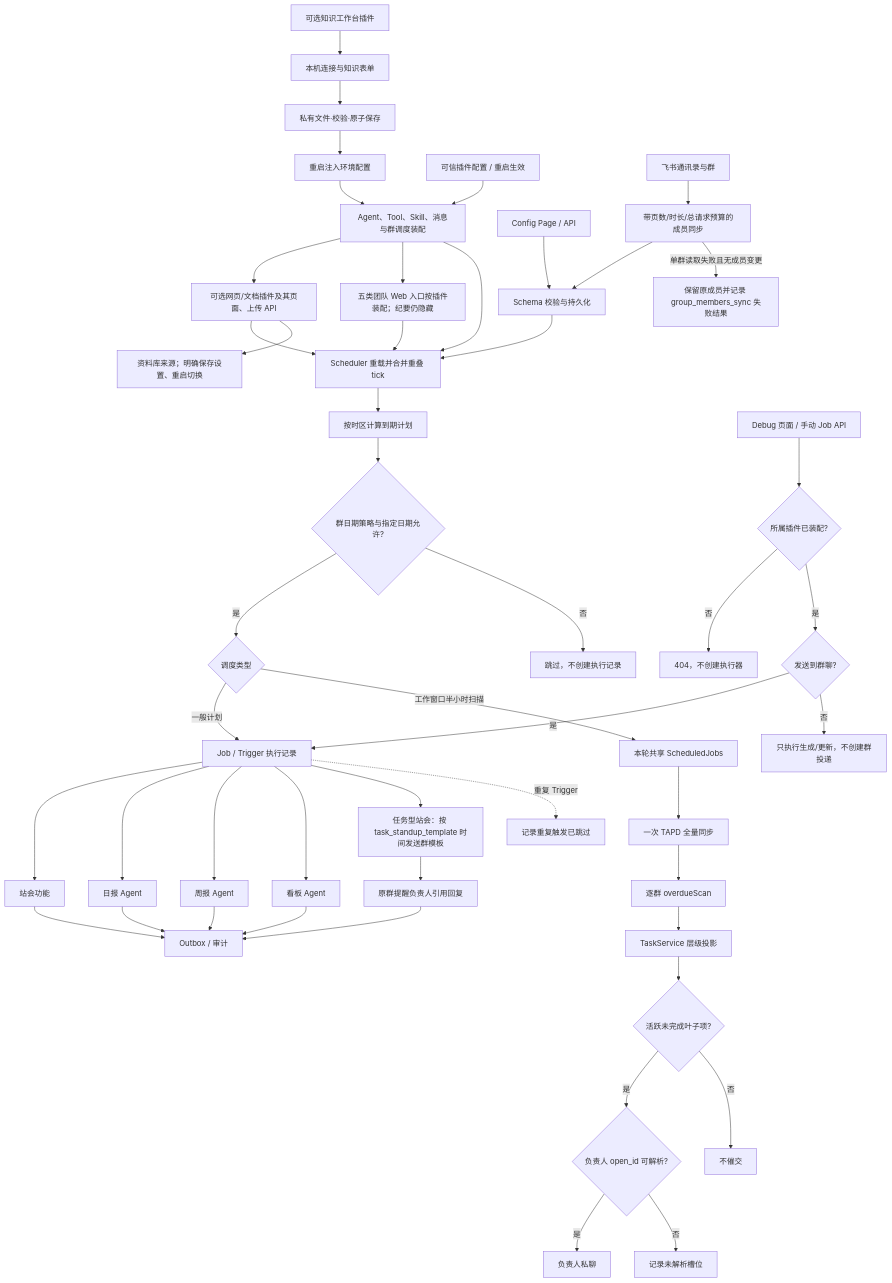
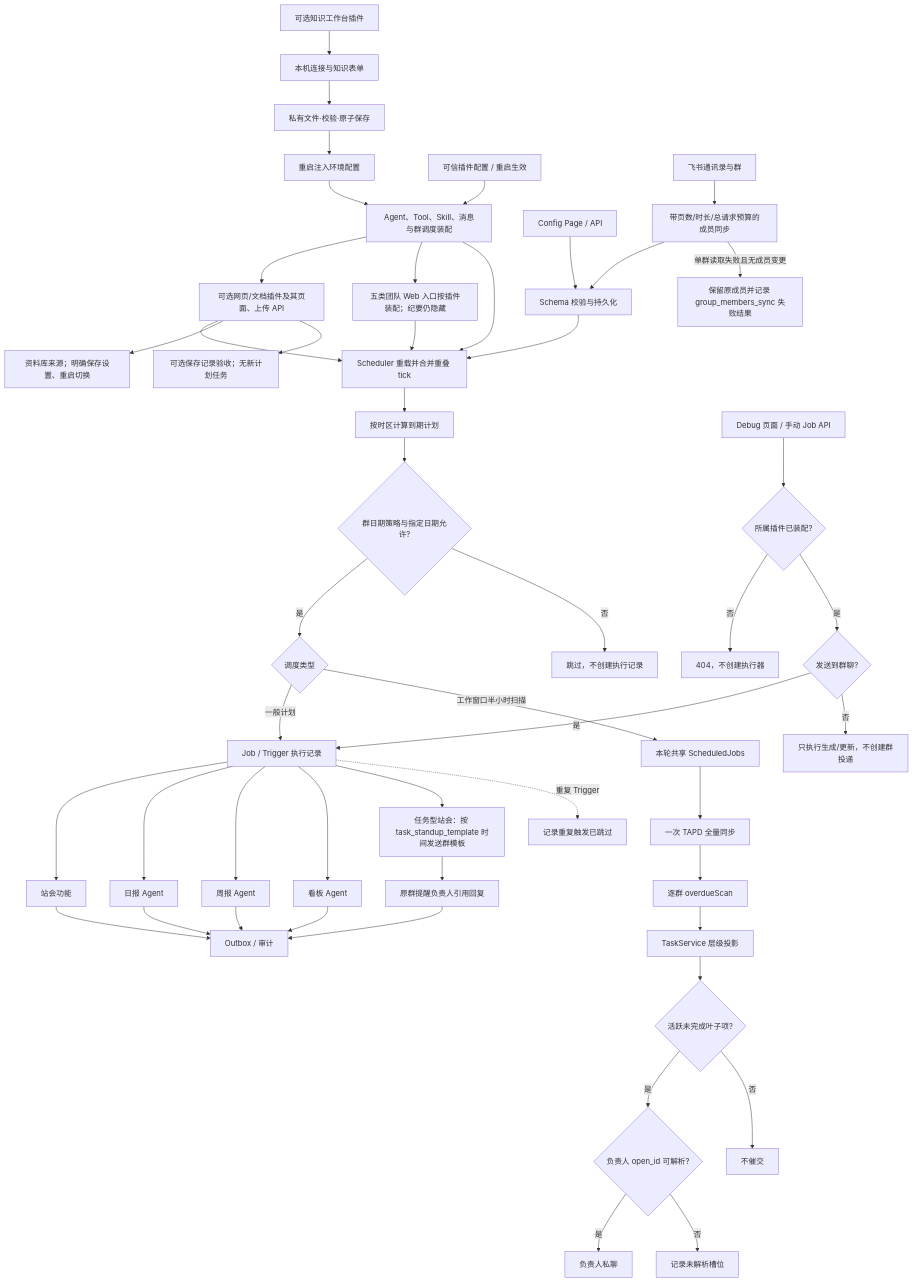
The diagram in backend/src/core/configuration-scheduling/FEATURE.md (KlayPeter/AI-Delivery-Ops-Agent), drawn with Mermaid before and after one commit. The commit also changed other lines of this file and 27 other files, not shown here.

````diff
--- a/backend/src/core/configuration-scheduling/FEATURE.md
+++ b/backend/src/core/configuration-scheduling/FEATURE.md
@@ -21,50 +21,51 @@
 ```mermaid
 flowchart TD
     KWP[可选知识工作台插件] --> LC[本机连接与知识表单]
     LC --> LF[私有文件·校验·原子保存]
     LF --> BOOT[重启注入环境配置]
     BOOT --> PH
     PC["可信插件配置 / 重启生效"] --> PH["Agent、Tool、Skill、消息与群调度装配"]
     PH --> COL[可选网页/文档插件及其页面、上传 API]
     COL --> E
     PH --> VIS[五类团队 Web 入口按插件装配；纪要仍隐藏]
     VIS --> E
     PH --> E
     A["Config Page / API"] --> B["Schema 校验与持久化"]
     C["飞书通讯录与群"] --> D["带页数/时长/总请求预算的成员同步"]
     D --> B
     D -- 单群读取失败且无成员变更 --> MSFAIL[保留原成员并记录 group_members_sync 失败结果]
     B --> E["Scheduler 重载并合并重叠 tick"]
     E --> F["按时区计算到期计划"]
     F --> HC{"群日期策略与指定日期允许?"}
     HC -- "是" --> L{"调度类型"}
     HC -- "否" --> HS["跳过，不创建执行记录"]
     L -- "一般计划" --> G["Job / Trigger 执行记录"]
     L -- "工作窗口半小时扫描" --> S["本轮共享 ScheduledJobs"]
     S --> T["一次 TAPD 全量同步"]
     T --> M["逐群 overdueScan"]
     M --> P["TaskService 层级投影"]
     P --> Q{"活跃未完成叶子项?"}
     Q -- "是" --> V{"负责人 open_id 可解析?"}
     Q -- "否" --> R["不催交"]
     V -- "是" --> N["负责人私聊"]
     V -- "否" --> U["记录未解析槽位"]
     G --> H["站会功能"]
     G --> I["日报 Agent"]
     G --> W["周报 Agent"]
     G --> J["看板 Agent"]
     D2["Debug 页面 / 手动 Job API"] --> OWNER{所属插件已装配?}
     OWNER -- 否 --> REJECT[404，不创建执行器]
     OWNER -- 是 --> G2{"发送到群聊?"}
     G2 -- "是" --> G
     G2 -- "否" --> U2["只执行生成/更新，不创建群投递"]
     H --> K["Outbox / 审计"]
     G --> TS["任务型站会：按 task_standup_template 时间发送群模板"]
     TS --> TR["原群提醒负责人引用回复"]
     TR --> K
     I --> K
     W --> K
     J --> K
     G -. "重复 Trigger" .-> X["记录重复触发已跳过"]
     COL --> KLIB[资料库来源；明确保存设置、重启切换]
+    COL --> QCR[可选保存记录验收；无新计划任务]
 ```
````
